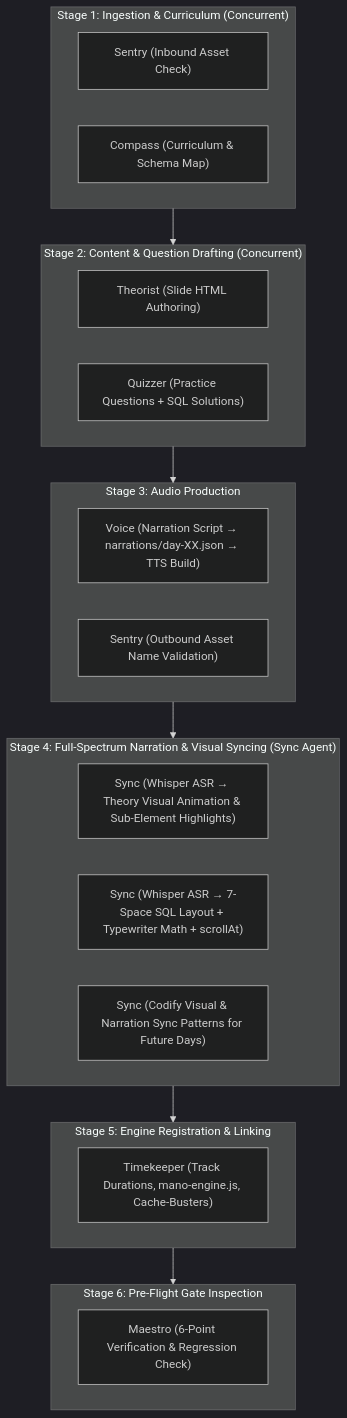
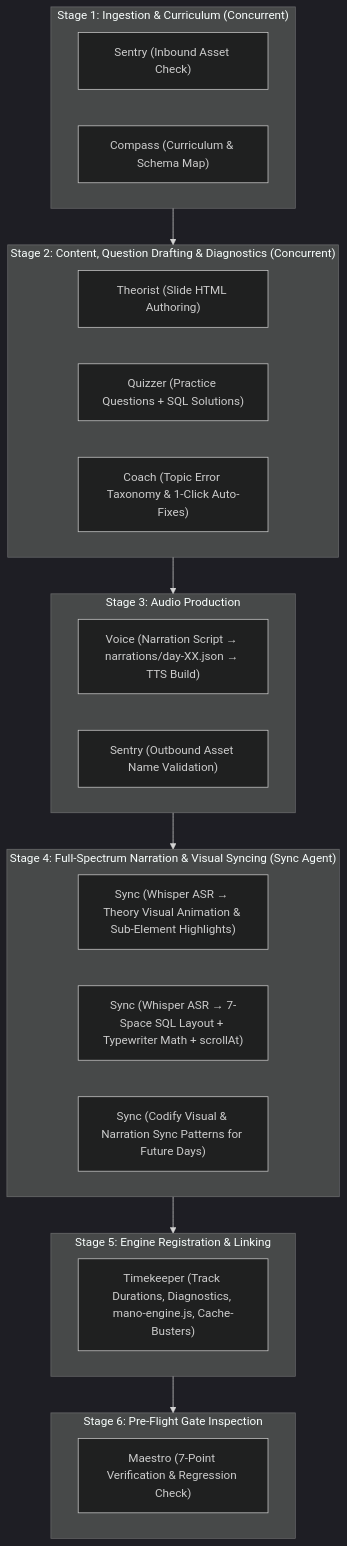
The diagram in .agents/skills/sql-day-orchestration/SKILL.md (manodemy/30-days-Python-for-Data-Analyst-V2), drawn with Mermaid (dark theme) before and after one commit. The commit also changed other lines of this file and 93 other files, not shown here.

````diff
--- a/.agents/skills/sql-day-orchestration/SKILL.md
+++ b/.agents/skills/sql-day-orchestration/SKILL.md
@@ -30,37 +31,38 @@
 ```mermaid
 flowchart TD
     subgraph STAGE_1 ["Stage 1: Ingestion & Curriculum (Concurrent)"]
         Sentry_In["Sentry (Inbound Asset Check)"]
         Compass["Compass (Curriculum & Schema Map)"]
     end
 
-    subgraph STAGE_2 ["Stage 2: Content & Question Drafting (Concurrent)"]
+    subgraph STAGE_2 ["Stage 2: Content, Question Drafting & Diagnostics (Concurrent)"]
         Theorist["Theorist (Slide HTML Authoring)"]
         Quizzer["Quizzer (Practice Questions + SQL Solutions)"]
+        Coach["Coach (Topic Error Taxonomy & 1-Click Auto-Fixes)"]
     end
 
     subgraph STAGE_3 ["Stage 3: Audio Production"]
         Voice["Voice (Narration Script → narrations/day-XX.json → TTS Build)"]
         Sentry_Out["Sentry (Outbound Asset Name Validation)"]
     end
 
     subgraph STAGE_4 ["Stage 4: Full-Spectrum Narration & Visual Syncing (Sync Agent)"]
         Sync_Theory["Sync (Whisper ASR → Theory Visual Animation & Sub-Element Highlights)"]
         Sync_Practice["Sync (Whisper ASR → 7-Space SQL Layout + Typewriter Math + scrollAt)"]
         Sync_Evolve["Sync (Codify Visual & Narration Sync Patterns for Future Days)"]
     end
 
     subgraph STAGE_5 ["Stage 5: Engine Registration & Linking"]
-        Timekeeper["Timekeeper (Track Durations, mano-engine.js, Cache-Busters)"]
+        Timekeeper["Timekeeper (Track Durations, Diagnostics, mano-engine.js, Cache-Busters)"]
     end
 
     subgraph STAGE_6 ["Stage 6: Pre-Flight Gate Inspection"]
-        Maestro["Maestro (6-Point Verification & Regression Check)"]
+        Maestro["Maestro (7-Point Verification & Regression Check)"]
     end
 
     STAGE_1 --> STAGE_2
     STAGE_2 --> STAGE_3
     STAGE_3 --> STAGE_4
     STAGE_4 --> STAGE_5
     STAGE_5 --> STAGE_6
 ```
````
